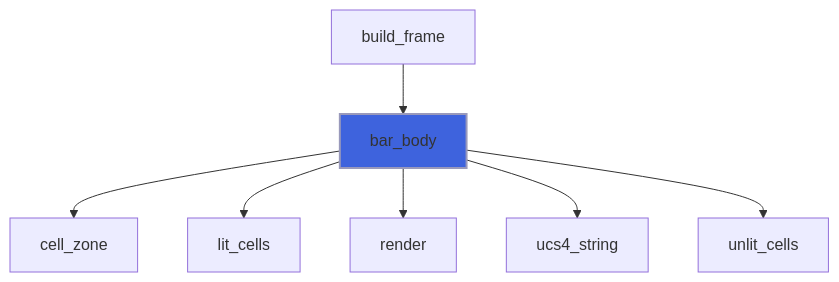
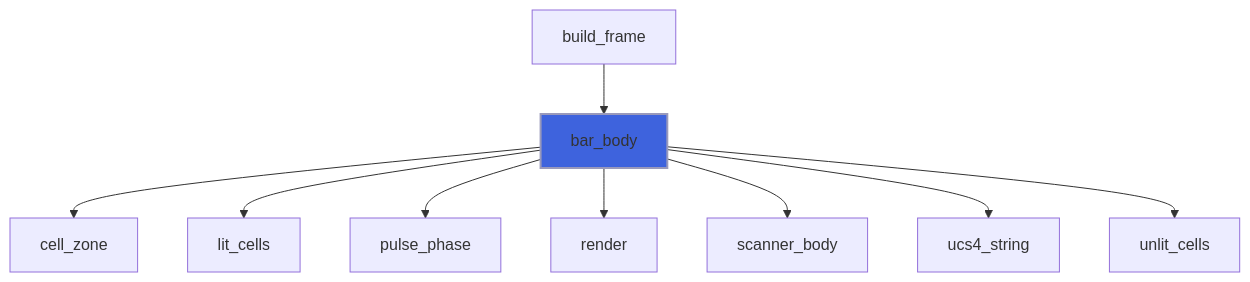
Before and after one commit to szaghi/forbear: diagram 25 of 44 in docs/api/src/lib/forbear_bar_object.md, drawn with Mermaid. The commit also changed other lines of this file and 18 other files, not shown here.

First line of the commit message:
feat(bar): add pulse_trail, a scanner pulse for indeterminate bars

````diff
--- a/docs/api/src/lib/forbear_bar_object.md
+++ b/docs/api/src/lib/forbear_bar_object.md
@@ -885,10 +915,12 @@
 ```mermaid
 flowchart TD
   build_frame["build_frame"] --> bar_body["bar_body"]
   bar_body["bar_body"] --> cell_zone["cell_zone"]
   bar_body["bar_body"] --> lit_cells["lit_cells"]
+  bar_body["bar_body"] --> pulse_phase["pulse_phase"]
   bar_body["bar_body"] --> render["render"]
+  bar_body["bar_body"] --> scanner_body["scanner_body"]
   bar_body["bar_body"] --> ucs4_string["ucs4_string"]
   bar_body["bar_body"] --> unlit_cells["unlit_cells"]
   style bar_body fill:#3e63dd,stroke:#99b,stroke-width:2px
 ```
````
